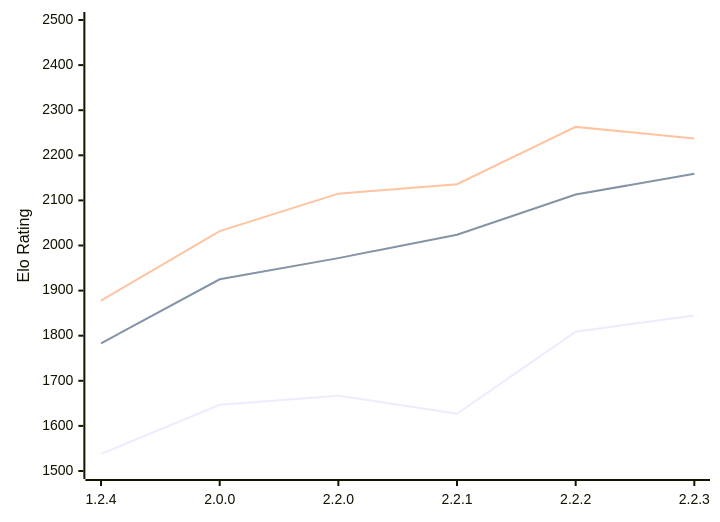
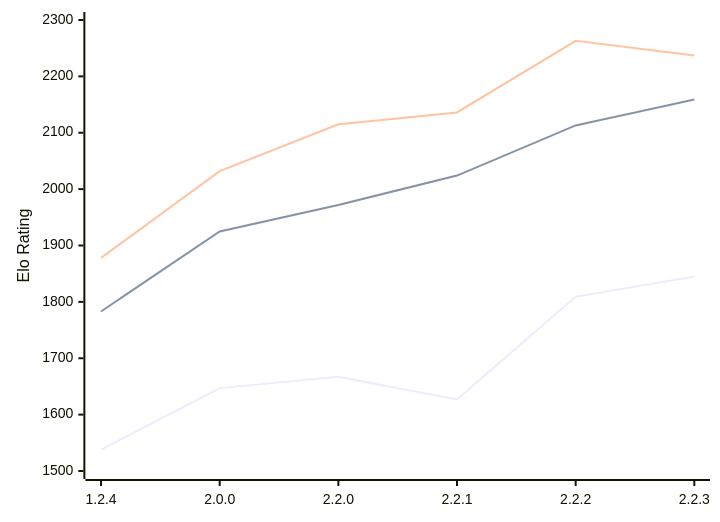
Before and after one commit to computer-chess-index/cci: the diagram in engines/Kreveta.md, drawn with Mermaid. The commit also changed other lines of this file, not shown here.

Commit message:
Update CCI Ratings (ELO VLTC) - 2026-02-10

````diff
--- a/engines/Kreveta.md
+++ b/engines/Kreveta.md
@@ -36,9 +36,9 @@
 ```mermaid
 %%{init: {"theme":"base","themeVariables":{"seriesColors:['#a3a3a3','#222221','#faa371']}}}%%
 xychart-beta
   x-axis ["1.2.4", "2.0.0", "2.2.0", "2.2.1", "2.2.2", "2.2.3"]
-  y-axis "Elo Rating" 1500 --> 2500
+  y-axis "Elo Rating" 1500 --> 2300
   line "STC (8.0+0.08s)" [1538, 1647, 1667, 1627, 1809, 1845]
   line "LTC (60.0+0.60s)" [1783, 1925, 1972, 2024, 2113, 2159]
   line "VLTC (2m24s+1.12s)" [1878, 2032, 2115, 2136, 2263, 2237]
 ```
````
